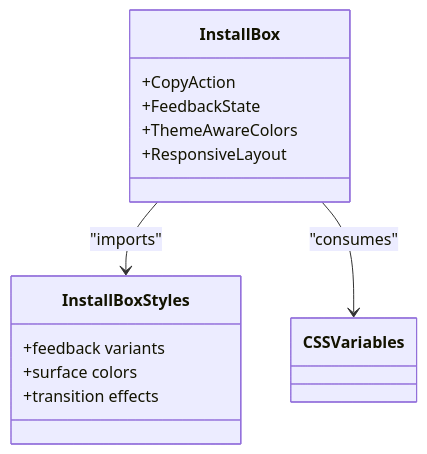
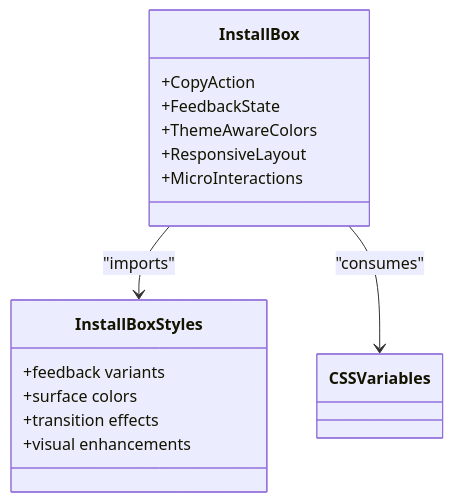
Before and after one commit to HassanAmeer/cheaprouter: the seventh of 10 diagrams in .qoder/repowiki/en/content/Frontend Architecture/Styling System.md, drawn with Mermaid. The commit also changed other lines of this file and 10 other files, not shown here.

````diff
--- a/.qoder/repowiki/en/content/Frontend Architecture/Styling System.md
+++ b/.qoder/repowiki/en/content/Frontend Architecture/Styling System.md
@@ -345,16 +350,18 @@
 ```mermaid
 classDiagram
 class InstallBox {
 +CopyAction
 +FeedbackState
 +ThemeAwareColors
 +ResponsiveLayout
++MicroInteractions
 }
 class InstallBoxStyles {
 +feedback variants
 +surface colors
 +transition effects
++visual enhancements
 }
 InstallBox --> InstallBoxStyles : "imports"
 InstallBox --> CSSVariables : "consumes"
 ```
````
